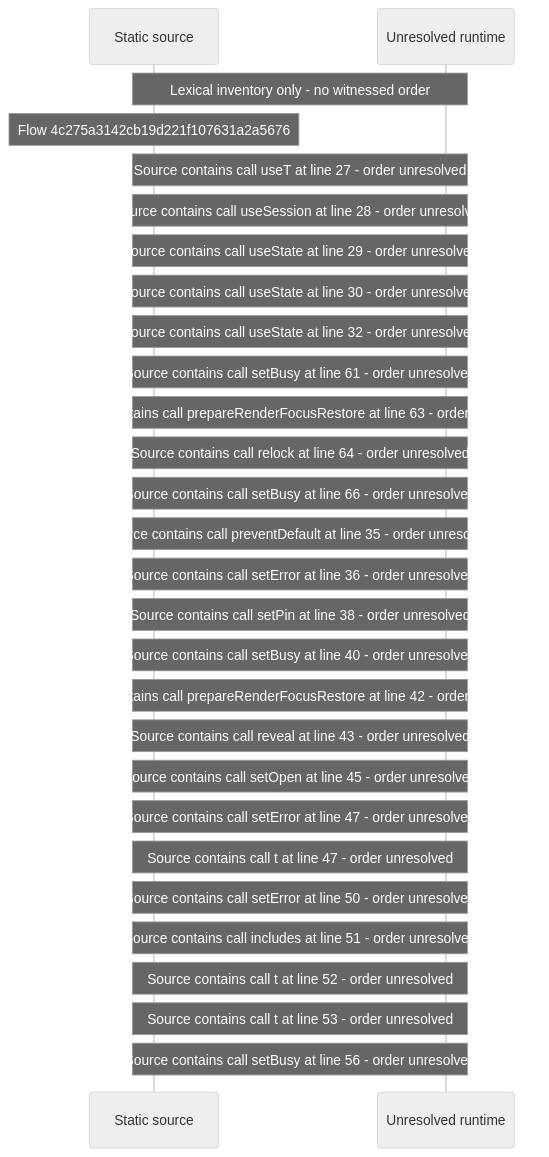
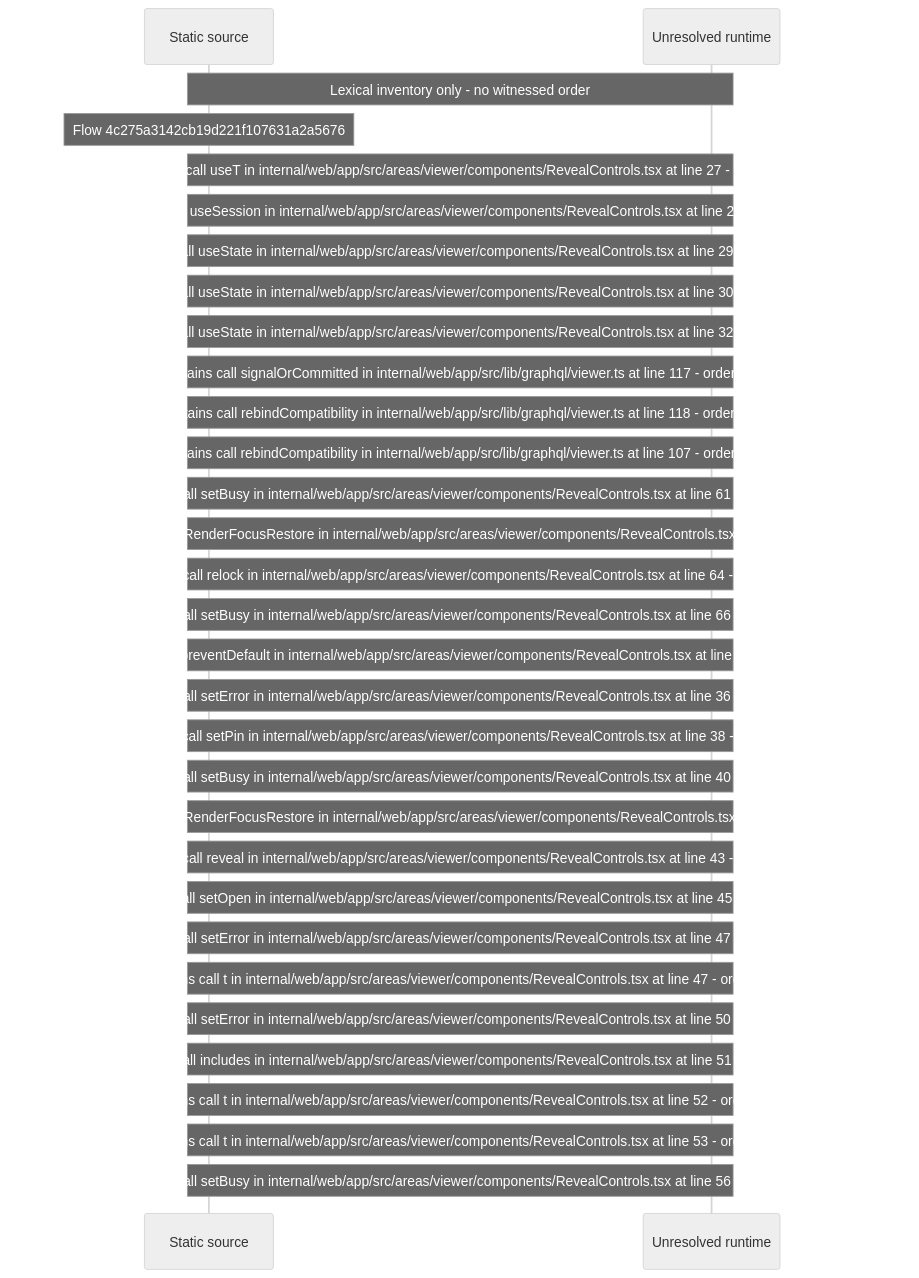
One commit to beamfall/core changed the diagram in docs/web/flows/generated/4c275a3142cb19d221f107631a2a5676/flow-diagram.md. Above: the diagram before and after it, drawn with Mermaid (neutral theme). The commit also changed other lines of this file and 699 other files, not shown here.

Commit message:
Regenerate the web flow record with flow generator version 5

````diff
--- a/docs/web/flows/generated/4c275a3142cb19d221f107631a2a5676/flow-diagram.md
+++ b/docs/web/flows/generated/4c275a3142cb19d221f107631a2a5676/flow-diagram.md
@@ -10,30 +10,33 @@
 ```mermaid
 sequenceDiagram
     participant S as Static source
     participant U as Unresolved runtime
     Note over S,U: Lexical inventory only - no witnessed order
     Note over S: Flow 4c275a3142cb19d221f107631a2a5676
-    Note over S,U: Source contains call useT at line 27 - order unresolved
-    Note over S,U: Source contains call useSession at line 28 - order unresolved
-    Note over S,U: Source contains call useState at line 29 - order unresolved
-    Note over S,U: Source contains call useState at line 30 - order unresolved
-    Note over S,U: Source contains call useState at line 32 - order unresolved
-    Note over S,U: Source contains call setBusy at line 61 - order unresolved
-    Note over S,U: Source contains call prepareRenderFocusRestore at line 63 - order unresolved
-    Note over S,U: Source contains call relock at line 64 - order unresolved
-    Note over S,U: Source contains call setBusy at line 66 - order unresolved
-    Note over S,U: Source contains call preventDefault at line 35 - order unresolved
-    Note over S,U: Source contains call setError at line 36 - order unresolved
-    Note over S,U: Source contains call setPin at line 38 - order unresolved
-    Note over S,U: Source contains call setBusy at line 40 - order unresolved
-    Note over S,U: Source contains call prepareRenderFocusRestore at line 42 - order unresolved
-    Note over S,U: Source contains call reveal at line 43 - order unresolved
-    Note over S,U: Source contains call setOpen at line 45 - order unresolved
-    Note over S,U: Source contains call setError at line 47 - order unresolved
-    Note over S,U: Source contains call t at line 47 - order unresolved
-    Note over S,U: Source contains call setError at line 50 - order unresolved
-    Note over S,U: Source contains call includes at line 51 - order unresolved
-    Note over S,U: Source contains call t at line 52 - order unresolved
-    Note over S,U: Source contains call t at line 53 - order unresolved
-    Note over S,U: Source contains call setBusy at line 56 - order unresolved
+    Note over S,U: Source contains call useT in internal/web/app/src/areas/viewer/components/RevealControls.tsx at line 27 - order unresolved
+    Note over S,U: Source contains call useSession in internal/web/app/src/areas/viewer/components/RevealControls.tsx at line 28 - order unresolved
+    Note over S,U: Source contains call useState in internal/web/app/src/areas/viewer/components/RevealControls.tsx at line 29 - order unresolved
+    Note over S,U: Source contains call useState in internal/web/app/src/areas/viewer/components/RevealControls.tsx at line 30 - order unresolved
+    Note over S,U: Source contains call useState in internal/web/app/src/areas/viewer/components/RevealControls.tsx at line 32 - order unresolved
+    Note over S,U: Source contains call signalOrCommitted in internal/web/app/src/lib/graphql/viewer.ts at line 117 - order unresolved
+    Note over S,U: Source contains call rebindCompatibility in internal/web/app/src/lib/graphql/viewer.ts at line 118 - order unresolved
+    Note over S,U: Source contains call rebindCompatibility in internal/web/app/src/lib/graphql/viewer.ts at line 107 - order unresolved
+    Note over S,U: Source contains call setBusy in internal/web/app/src/areas/viewer/components/RevealControls.tsx at line 61 - order unresolved
+    Note over S,U: Source contains call prepareRenderFocusRestore in internal/web/app/src/areas/viewer/components/RevealControls.tsx at line 63 - order unresolved
+    Note over S,U: Source contains call relock in internal/web/app/src/areas/viewer/components/RevealControls.tsx at line 64 - order unresolved
+    Note over S,U: Source contains call setBusy in internal/web/app/src/areas/viewer/components/RevealControls.tsx at line 66 - order unresolved
+    Note over S,U: Source contains call preventDefault in internal/web/app/src/areas/viewer/components/RevealControls.tsx at line 35 - order unresolved
+    Note over S,U: Source contains call setError in internal/web/app/src/areas/viewer/components/RevealControls.tsx at line 36 - order unresolved
+    Note over S,U: Source contains call setPin in internal/web/app/src/areas/viewer/components/RevealControls.tsx at line 38 - order unresolved
+    Note over S,U: Source contains call setBusy in internal/web/app/src/areas/viewer/components/RevealControls.tsx at line 40 - order unresolved
+    Note over S,U: Source contains call prepareRenderFocusRestore in internal/web/app/src/areas/viewer/components/RevealControls.tsx at line 42 - order unresolved
+    Note over S,U: Source contains call reveal in internal/web/app/src/areas/viewer/components/RevealControls.tsx at line 43 - order unresolved
+    Note over S,U: Source contains call setOpen in internal/web/app/src/areas/viewer/components/RevealControls.tsx at line 45 - order unresolved
+    Note over S,U: Source contains call setError in internal/web/app/src/areas/viewer/components/RevealControls.tsx at line 47 - order unresolved
+    Note over S,U: Source contains call t in internal/web/app/src/areas/viewer/components/RevealControls.tsx at line 47 - order unresolved
+    Note over S,U: Source contains call setError in internal/web/app/src/areas/viewer/components/RevealControls.tsx at line 50 - order unresolved
+    Note over S,U: Source contains call includes in internal/web/app/src/areas/viewer/components/RevealControls.tsx at line 51 - order unresolved
+    Note over S,U: Source contains call t in internal/web/app/src/areas/viewer/components/RevealControls.tsx at line 52 - order unresolved
+    Note over S,U: Source contains call t in internal/web/app/src/areas/viewer/components/RevealControls.tsx at line 53 - order unresolved
+    Note over S,U: Source contains call setBusy in internal/web/app/src/areas/viewer/components/RevealControls.tsx at line 56 - order unresolved
 ```
````
